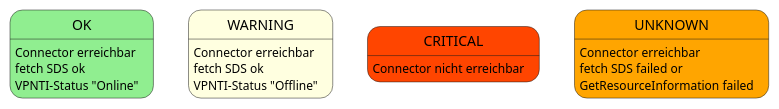
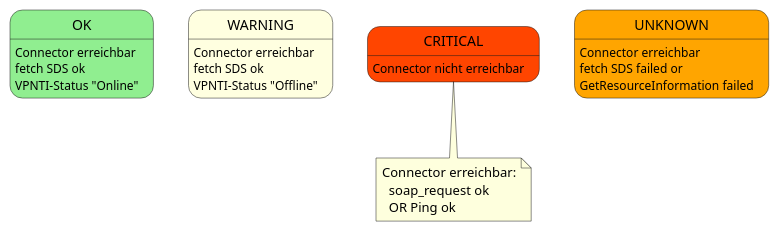
One commit to swobspace/cocard changed the diagram in docs/devnotes/_images/connector-condition.puml. Above: the diagram before and after it, drawn with PlantUML. The commit also changed 11 other files, not shown here.

Commit message:
Connector: add #soap_request_success, #vpnti_online

```diff
--- a/docs/devnotes/_images/connector-condition.puml
+++ b/docs/devnotes/_images/connector-condition.puml
@@ -1,23 +1,29 @@
 @startuml
 
 state OK #lightgreen
 
 OK: Connector erreichbar
 OK: fetch SDS ok
 OK: VPNTI-Status "Online"
 
 state WARNING #LightYellow
 
 WARNING: Connector erreichbar
 WARNING: fetch SDS ok
 WARNING: VPNTI-Status "Offline"
 
 state CRITICAL #orangered
 
 CRITICAL: Connector nicht erreichbar
 
 state UNKNOWN #Orange
 UNKNOWN: Connector erreichbar
 UNKNOWN: fetch SDS failed or 
 UNKNOWN: GetResourceInformation failed
+
+note bottom of CRITICAL
+Connector erreichbar:
+  soap_request ok
+  OR Ping ok
+end note
 @enduml
```
